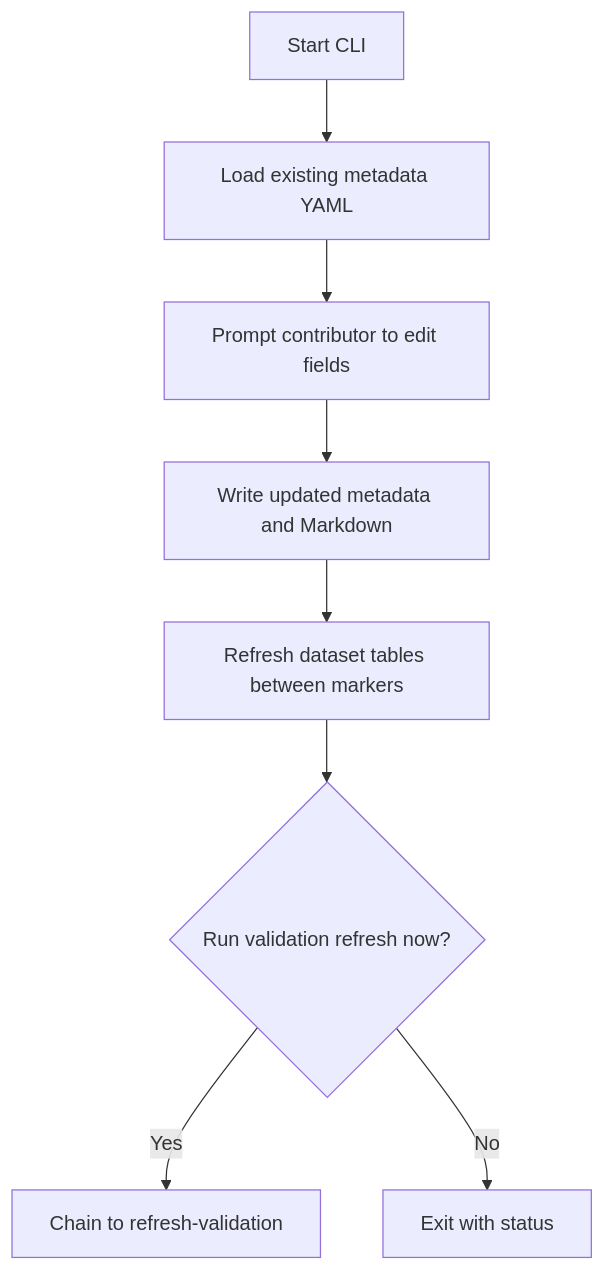
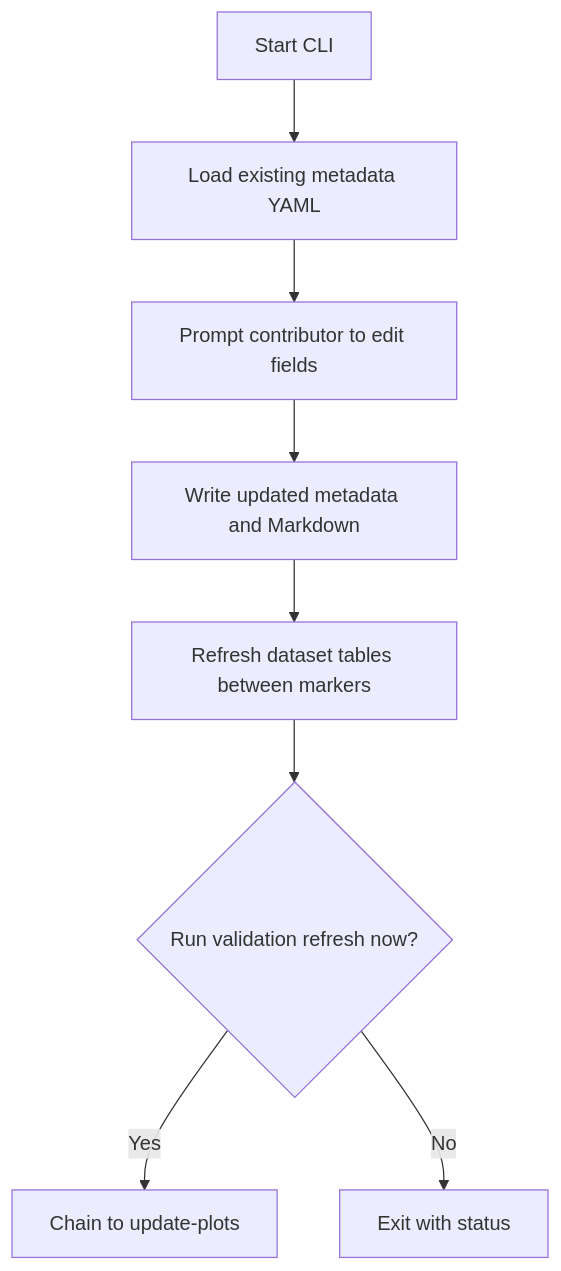
One commit to jmontp/LocoHub changed the fourth of 6 diagrams in docs/maintainers/index.md. Above: the diagram before and after it, drawn with Mermaid. The commit also changed other lines of this file and 3 other files, not shown here.

````diff
--- a/docs/maintainers/index.md
+++ b/docs/maintainers/index.md
@@ -144,10 +144,10 @@
 ```mermaid
 flowchart TD
     A[Start CLI] --> B[Load existing metadata YAML]
     B --> C[Prompt contributor to edit fields]
     C --> D[Write updated metadata and Markdown]
     D --> E[Refresh dataset tables between markers]
     E --> F{Run validation refresh now?}
-    F -- Yes --> G[Chain to refresh-validation]
+    F -- Yes --> G[Chain to update-plots]
     F -- No --> H[Exit with status]
 ```
````
